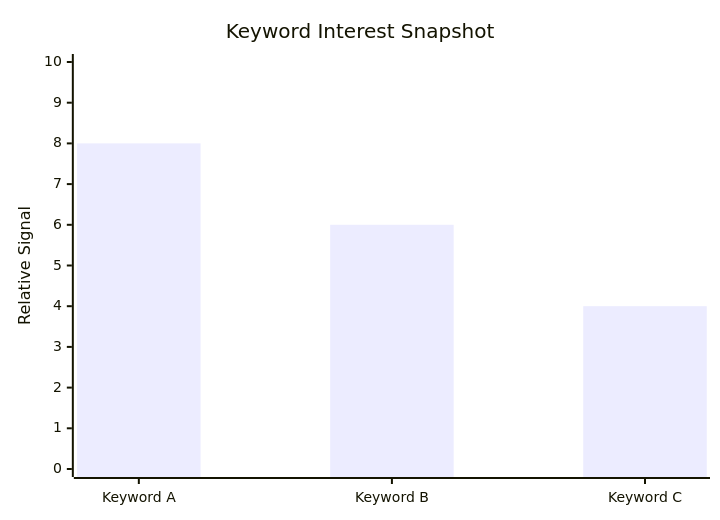
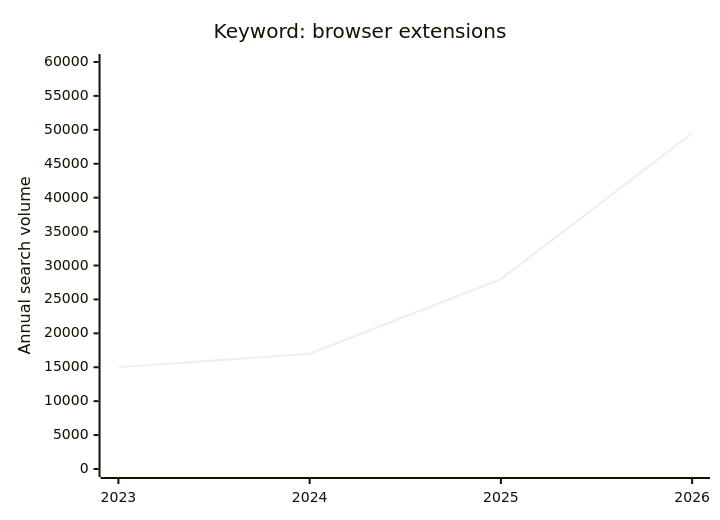
The diagram in instructions/onboarding/skills/startup-idea-discovery/SKILL.md (realtalishaw/founderSkills), drawn with Mermaid before and after one commit. The commit also changed other lines of this file and 3 other files, not shown here.

Commit message:
Refine onboarding idea artifact flow

````diff
--- a/instructions/onboarding/skills/startup-idea-discovery/SKILL.md
+++ b/instructions/onboarding/skills/startup-idea-discovery/SKILL.md
@@ -158,7 +184,7 @@
 ```mermaid
 xychart-beta
-  title "Keyword Interest Snapshot"
-  x-axis ["Keyword A", "Keyword B", "Keyword C"]
-  y-axis "Relative Signal" 0 --> 10
-  bar [8, 6, 4]
+  title "Keyword: browser extensions"
+  x-axis ["2023", "2024", "2025", "2026"]
+  y-axis "Annual search volume" 0 --> 60000
+  line [15000, 17000, 28000, 49500]
 ```
````
